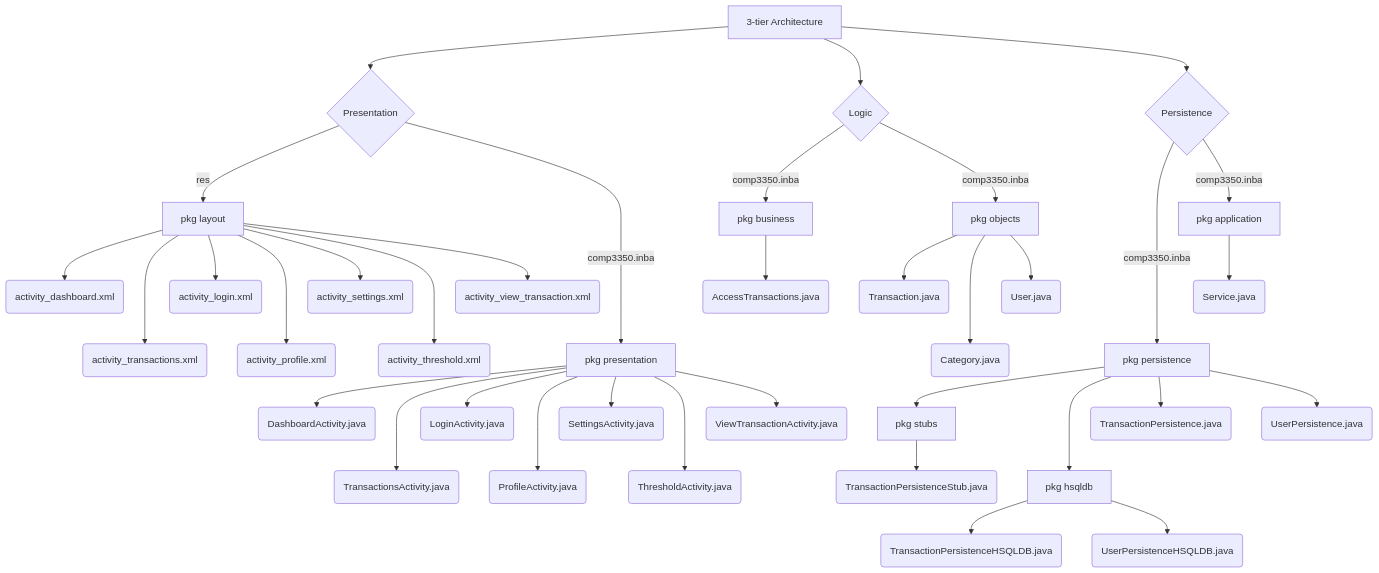
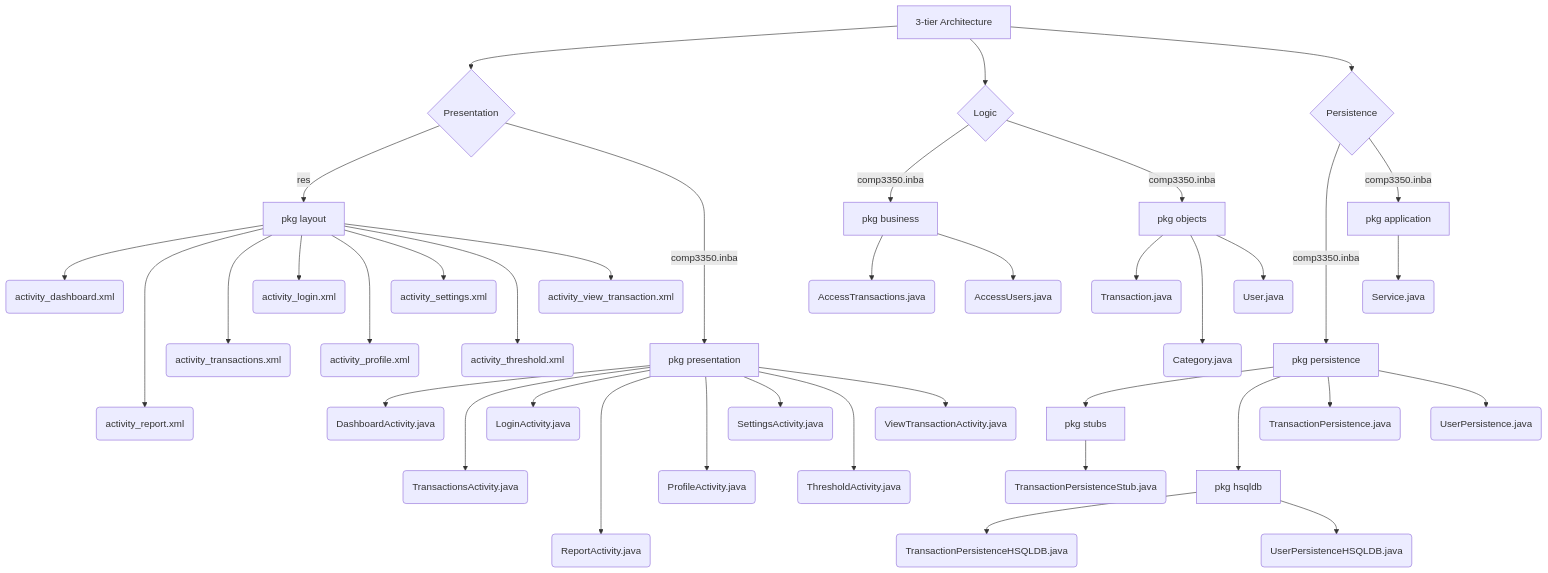
Before and after one commit to ElyonNosa/INBA: the diagram in ARCHITECTURE.md, drawn with Mermaid. The commit also changed 4 other files, not shown here.

````diff
--- a/ARCHITECTURE.md
+++ b/ARCHITECTURE.md
@@ -1,42 +1,45 @@
 ```mermaid
 graph TD
     A[3-tier Architecture]
     A --> PR{Presentation}
     A --> L{Logic}
     A --> PE{Persistence}
 
     PR --> |res| R[pkg layout]
     R --> ACTD(activity_dashboard.xml)
+    R ----> ACTR(activity_report.xml)
     R ---> ACTT(activity_transactions.xml)
     R --> ACTL(activity_login.xml)
     R ---> ACTP(activity_profile.xml)
     R --> ACTS(activity_settings.xml)
     R ---> ACTTH(activity_threshold.xml)
     R --> ACTVT(activity_view_transaction.xml)
     PR ----> |comp3350.inba| PRES[pkg presentation]
     PRES --> DACT(DashboardActivity.java)
     PRES ---> TACT(TransactionsActivity.java)
     PRES --> LACT(LoginActivity.java)
+    PRES ----> RACT(ReportActivity.java)
     PRES ---> PACT(ProfileActivity.java)
     PRES --> SACT(SettingsActivity.java)
     PRES ---> THACT(ThresholdActivity.java)
     PRES --> VTACT(ViewTransactionActivity.java)
 
     L --> |comp3350.inba| BUS[pkg business]
     BUS --> AT(AccessTransactions.java)
+    BUS --> AU(AccessUsers.java)
     L --> |comp3350.inba| OBJ[pkg objects]
     OBJ --> TRANS(Transaction.java)
     OBJ ---> CAT(Category.java)
     OBJ --> USER(User.java)
 
     PE ----> |comp3350.inba| PER[pkg persistence]
     PER --> STUB[pkg stubs]
     PER ---> HSQLDB[pkg hsqldb]
     STUB --> TPS(TransactionPersistenceStub.java)
     HSQLDB --> TPH(TransactionPersistenceHSQLDB.java)
     HSQLDB --> UPH(UserPersistenceHSQLDB.java)
     PER --> TP(TransactionPersistence.java)
     PER --> UP(UserPersistence.java)
     PE --> |comp3350.inba| APP[pkg application]
     APP --> SERV(Service.java)
 ```
````
